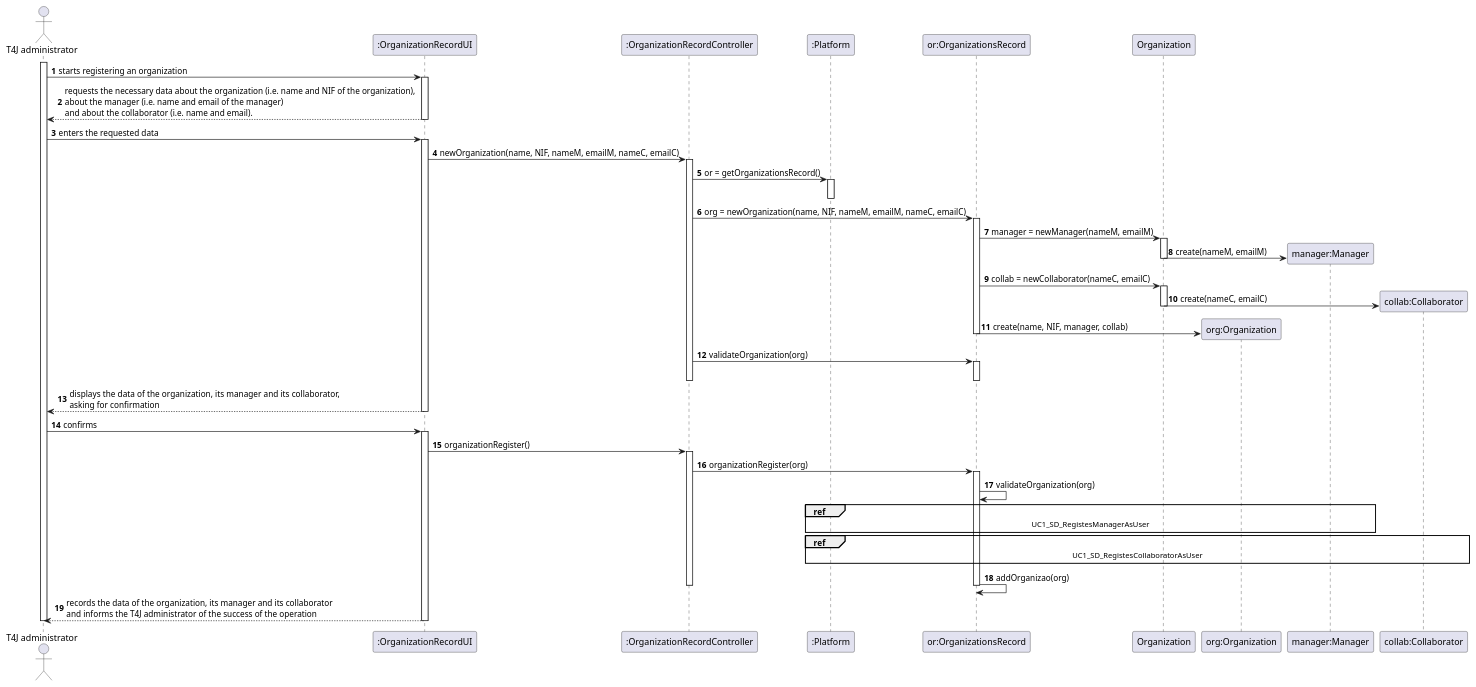
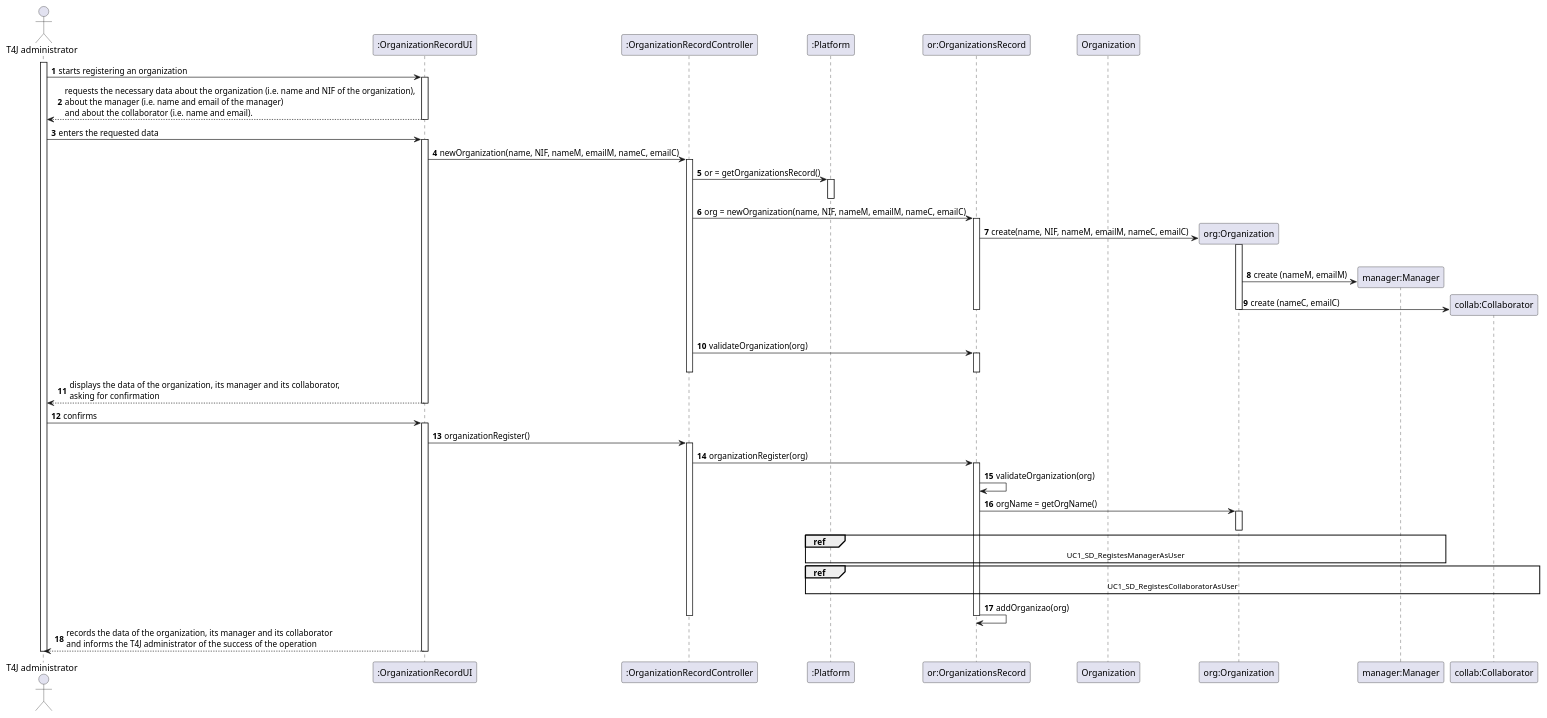
Before and after one commit to pedrolemos4/LAPR2: the diagram in docs/UC7 - Add New Organization/UC7_SD.puml, drawn with PlantUML. The commit also changed 8 other files, not shown here.

```diff
--- a/docs/UC7 - Add New Organization/UC7_SD.puml
+++ b/docs/UC7 - Add New Organization/UC7_SD.puml
@@ -1,80 +1,80 @@
 @startuml
 autonumber
 
 actor "T4J administrator" as ADM
 participant ":OrganizationRecordUI" as UI
 participant ":OrganizationRecordController" as CTRL
 participant ":Platform" as PLAT
 participant "or:OrganizationsRecord" as ORGS
 participant "Organization" as _ORG
 participant "org:Organization" as ORG
 participant "manager:Manager" as MANAGER
 participant "collab:Collaborator" as COLLAB
 
 activate ADM
 ADM -> UI : starts registering an organization
 activate UI
 UI --> ADM : requests the necessary data about the organization (i.e. name and NIF of the organization), \nabout the manager (i.e. name and email of the manager) \nand about the collaborator (i.e. name and email).
 deactivate UI
 
 ADM -> UI : enters the requested data
 activate UI
 
 UI -> CTRL : newOrganization(name, NIF, nameM, emailM, nameC, emailC)
 activate CTRL
 
 CTRL -> PLAT: or = getOrganizationsRecord()
 activate PLAT
 deactivate PLAT
 
 CTRL -> ORGS: org = newOrganization(name, NIF, nameM, emailM, nameC, emailC)
 activate ORGS
 
-ORGS -> _ORG: manager = newManager(nameM, emailM)
-activate _ORG
-_ORG -> MANAGER** : create(nameM, emailM)
-deactivate _ORG
-
-ORGS -> _ORG: collab = newCollaborator(nameC, emailC)
-activate _ORG
-_ORG -> COLLAB** : create(nameC, emailC)
-deactivate _ORG
-
-ORGS -> ORG ** : create(name, NIF, manager, collab)
+ORGS -> ORG ** : create(name, NIF, nameM, emailM, nameC, emailC)
+|||
+activate ORG
+ORG -> MANAGER ** : create (nameM, emailM)
+ORG -> COLLAB ** : create (nameC, emailC)
+|||
+deactivate ORG
 deactivate ORGS
 
 CTRL -> ORGS : validateOrganization(org)
 activate ORGS
 deactivate ORGS
 
 deactivate CTRL
 UI --> ADM : displays the data of the organization, its manager and its collaborator, \nasking for confirmation
 deactivate UI
 
 ADM -> UI : confirms
 activate UI
 
 UI -> CTRL: organizationRegister()
 activate CTRL
 CTRL -> ORGS: organizationRegister(org)
 activate ORGS
 
 ORGS -> ORGS: validateOrganization(org)
 
+ORGS -> ORG: orgName = getOrgName()
+activate ORG
+deactivate ORG
+
 ref over ORGS, MANAGER, PLAT
   UC1_SD_RegistesManagerAsUser
 end ref
 
 ref over ORGS, COLLAB, PLAT
   UC1_SD_RegistesCollaboratorAsUser
 end ref
 
 ORGS -> ORGS: addOrganizao(org)
 deactivate ORGS
 
 deactivate CTRL
 UI --> ADM :  records the data of the organization, its manager and its collaborator \nand informs the T4J administrator of the success of the operation
 deactivate UI
 
 deactivate ADM
 @enduml
```
